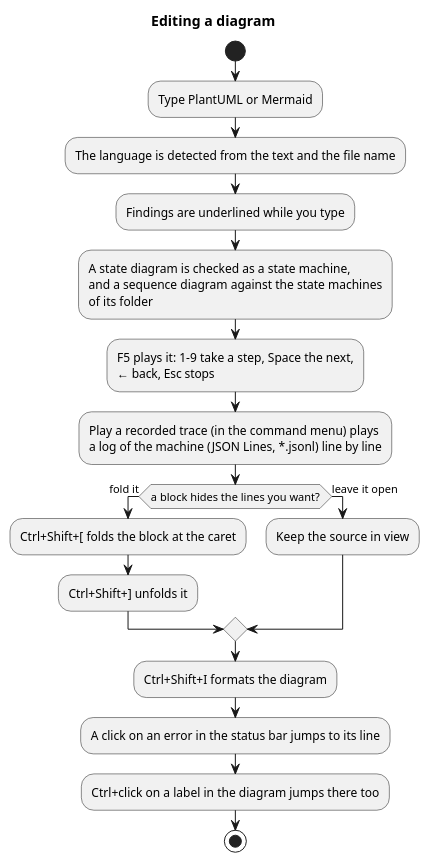
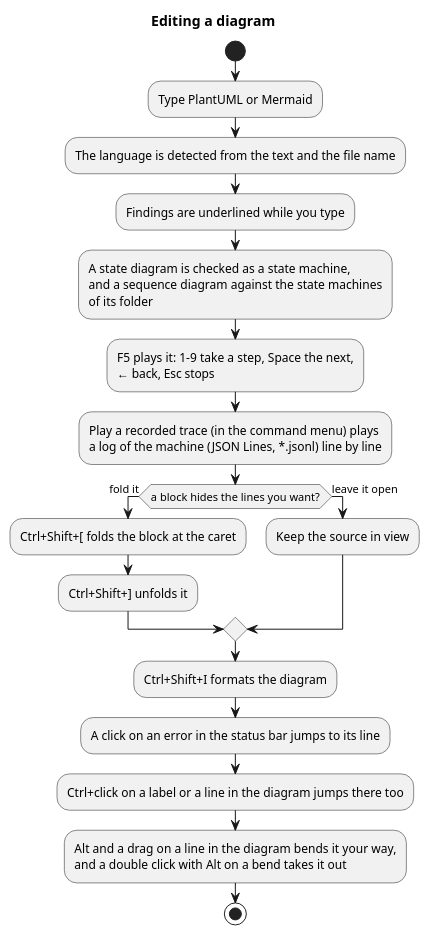
Before and after one commit to enhapu-afk/omaspec: the diagram in examples/Help Omaspec/editing.puml, drawn with PlantUML. The commit also changed 9 other files, not shown here.

First line of the commit message:
feat: draw a line by hand with Alt in the editor's diagram

```diff
--- a/examples/Help Omaspec/editing.puml
+++ b/examples/Help Omaspec/editing.puml
@@ -1,24 +1,26 @@
 @startuml
 title Editing a diagram
 start
 :Type PlantUML or Mermaid;
 :The language is detected from the text and the file name;
 :Findings are underlined while you type;
 :A state diagram is checked as a state machine,
 and a sequence diagram against the state machines
 of its folder;
 :F5 plays it: 1–9 take a step, Space the next,
 ← back, Esc stops;
 :Play a recorded trace (in the command menu) plays
 a log of the machine (JSON Lines, *.jsonl) line by line;
 if (a block hides the lines you want?) then (fold it)
   :Ctrl+Shift+[ folds the block at the caret;
   :Ctrl+Shift+] unfolds it;
 else (leave it open)
   :Keep the source in view;
 endif
 :Ctrl+Shift+I formats the diagram;
 :A click on an error in the status bar jumps to its line;
-:Ctrl+click on a label in the diagram jumps there too;
+:Ctrl+click on a label or a line in the diagram jumps there too;
+:Alt and a drag on a line in the diagram bends it your way,
+and a double click with Alt on a bend takes it out;
 stop
 @enduml
```
